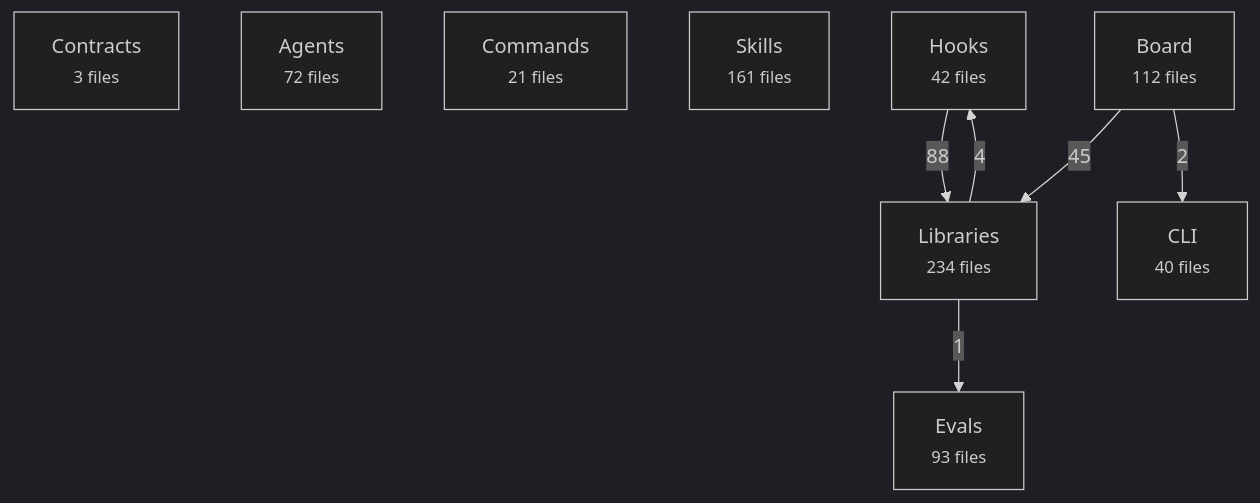
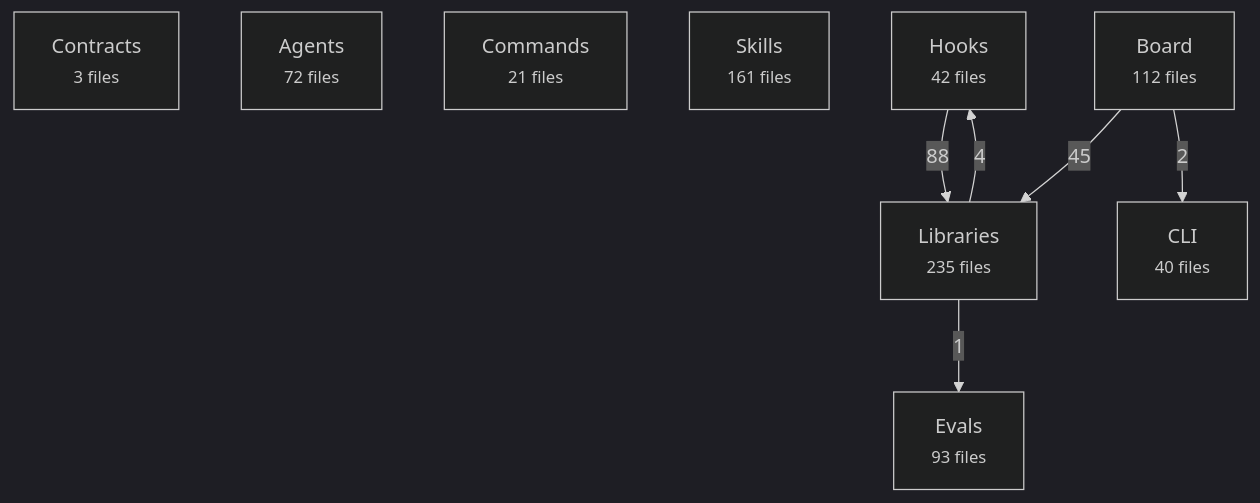
One commit to avelikiy/great_cto changed the first of 2 diagrams in docs/reference/architecture-map.md. Above: the diagram before and after it, drawn with Mermaid (dark theme). The commit also changed other lines of this file and 3 other files, not shown here.

````diff
--- a/docs/reference/architecture-map.md
+++ b/docs/reference/architecture-map.md
@@ -20,17 +20,17 @@
 ```mermaid
 flowchart TD
   contracts["Contracts<br/><small>3 files</small>"]
   agents["Agents<br/><small>72 files</small>"]
   commands["Commands<br/><small>21 files</small>"]
   skills["Skills<br/><small>161 files</small>"]
   hooks["Hooks<br/><small>42 files</small>"]
-  libs["Libraries<br/><small>234 files</small>"]
+  libs["Libraries<br/><small>235 files</small>"]
   board["Board<br/><small>112 files</small>"]
   cli["CLI<br/><small>40 files</small>"]
   evals["Evals<br/><small>93 files</small>"]
   hooks -->|88| libs
   board -->|45| libs
   libs -->|4| hooks
   board -->|2| cli
   libs -->|1| evals
 ```
````
